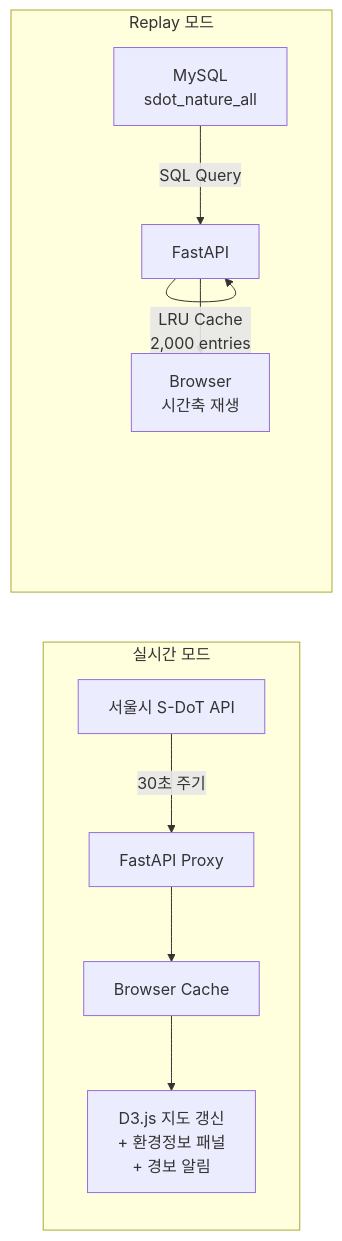
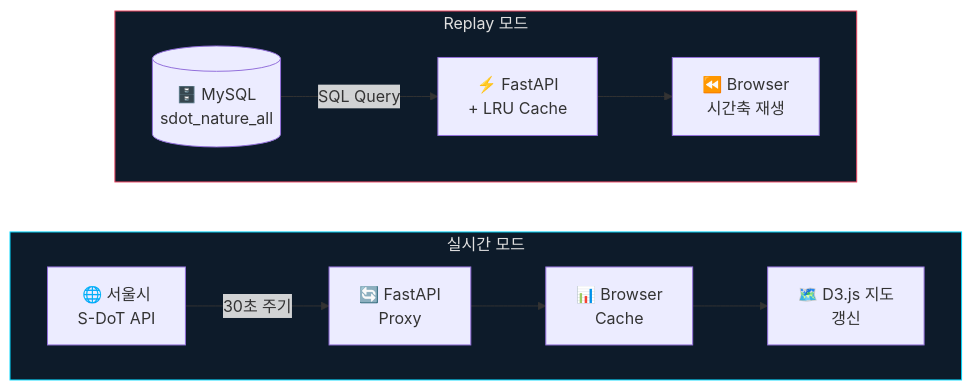
One commit to Technoetic/seoul-smartcity-dashboard changed the second of 4 diagrams in README.md. Above: the diagram before and after it, drawn with Mermaid. The commit also changed other lines of this file, not shown here.

First line of the commit message:
Redesign README with visual badges, logos, and Mermaid diagrams

````diff
--- a/README.md
+++ b/README.md
@@ -215,14 +158,22 @@
 ```mermaid
 flowchart LR
-    subgraph "실시간 모드"
-        A["서울시 S-DoT API"] -- "30초 주기" --> B["FastAPI Proxy"]
-        B --> C["Browser Cache"]
-        C --> D["D3.js 지도 갱신\n+ 환경정보 패널\n+ 경보 알림"]
+    subgraph LIVE["실시간 모드"]
+        direction LR
+        A["🌐 서울시<br>S-DoT API"]
+        B["🔄 FastAPI<br>Proxy"]
+        C["📊 Browser<br>Cache"]
+        D["🗺️ D3.js 지도<br>갱신"]
+        A -- "30초 주기" --> B --> C --> D
     end
 
-    subgraph "Replay 모드"
-        E["MySQL\nsdot_nature_all"] -- "SQL Query" --> F["FastAPI"]
-        F -- "LRU Cache\n2,000 entries" --> F
-        F --> G["Browser\n시간축 재생"]
+    subgraph REPLAY["Replay 모드"]
+        direction LR
+        E[("🗄️ MySQL<br>sdot_nature_all")]
+        F["⚡ FastAPI<br>+ LRU Cache"]
+        G["⏪ Browser<br>시간축 재생"]
+        E -- "SQL Query" --> F --> G
     end
+
+    style LIVE fill:#0d1b2a,stroke:#00d9ff,color:#e0e0e0
+    style REPLAY fill:#0d1b2a,stroke:#e94560,color:#e0e0e0
 ```
````
